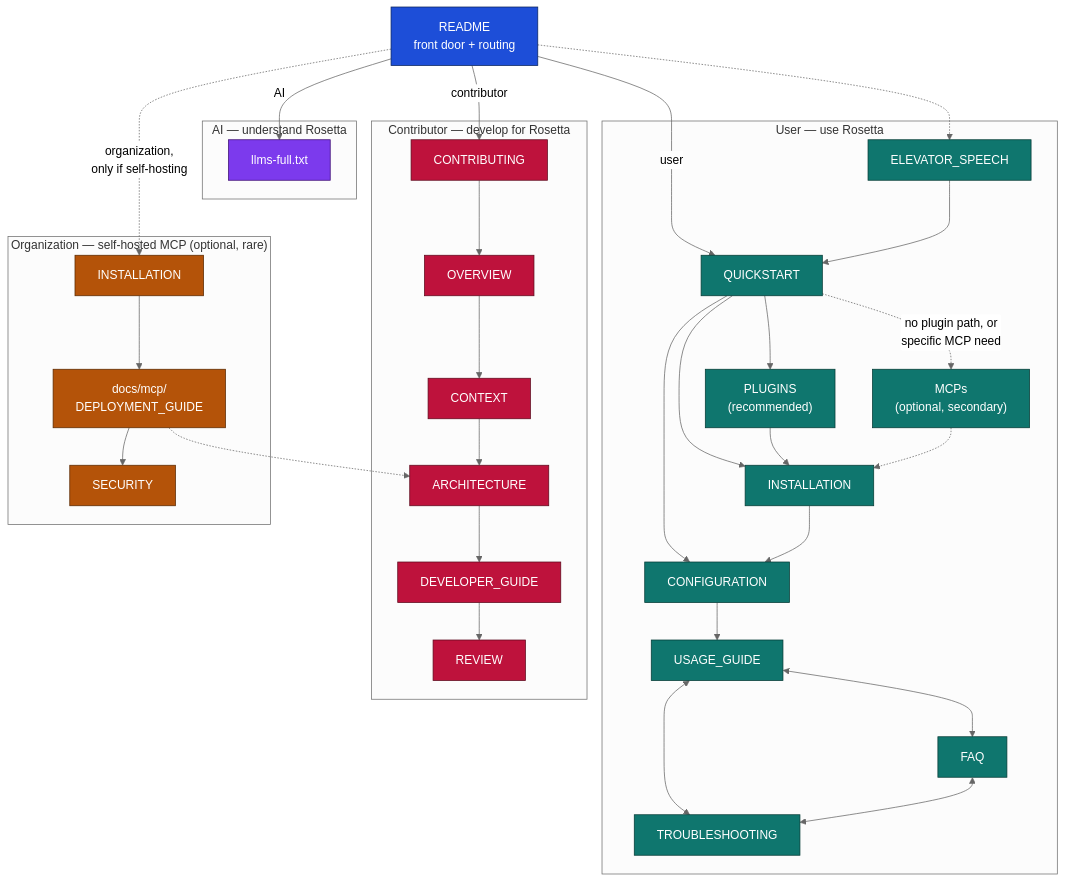
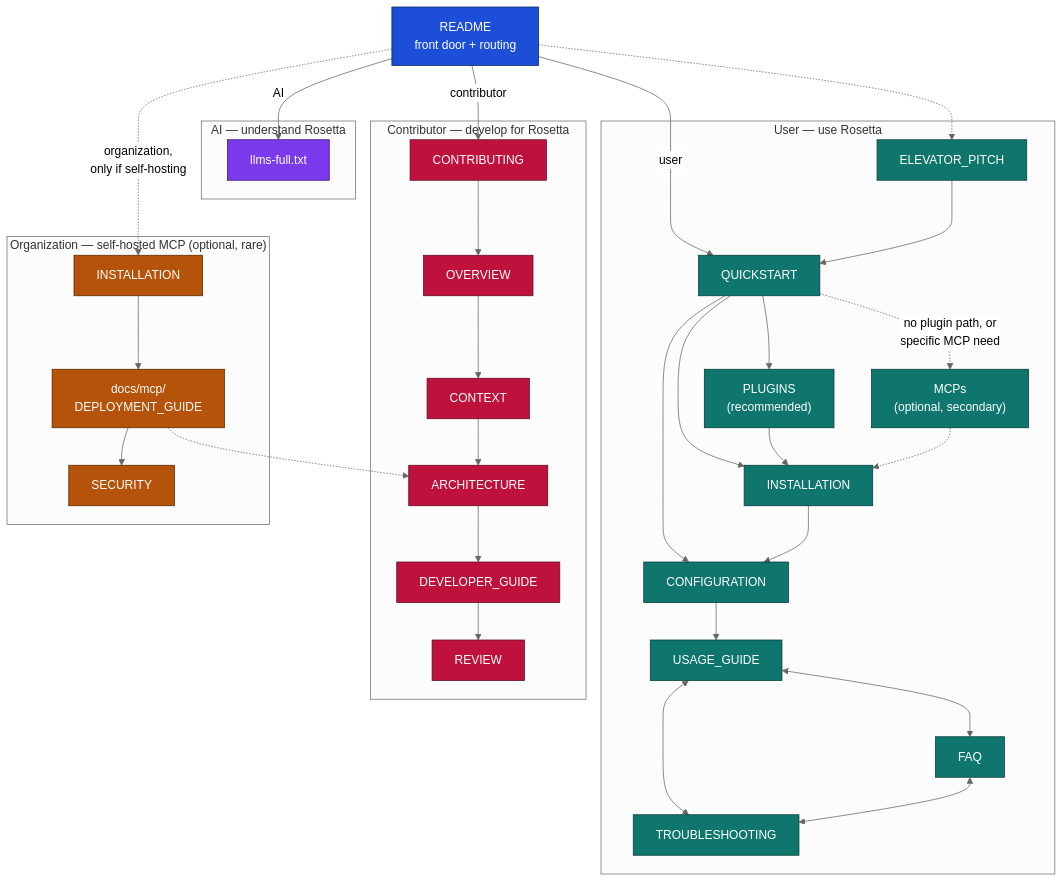
Before and after one commit to atomicdjt/rosetta: the diagram in docs/reviews/DOC-STRUCTURE-PLAN.md, drawn with Mermaid (neutral theme). The commit also changed other lines of this file and 1 other file, not shown here.

````diff
--- a/docs/reviews/DOC-STRUCTURE-PLAN.md
+++ b/docs/reviews/DOC-STRUCTURE-PLAN.md
@@ -262,76 +262,76 @@
 ```mermaid
 flowchart TD
     README["README<br/>front door + routing"]
 
     subgraph USER["User — use Rosetta"]
-        ELEV["ELEVATOR_SPEECH"]
+        ELEV["ELEVATOR_PITCH"]
         QS["QUICKSTART"]
         PLUG["PLUGINS<br/>(recommended)"]
         MCP["MCPs<br/>(optional, secondary)"]
         INST["INSTALLATION"]
         CONF["CONFIGURATION"]
         USAGE["USAGE_GUIDE"]
         FAQ["FAQ"]
         TRBL["TROUBLESHOOTING"]
     end
 
     subgraph AIP["AI — understand Rosetta"]
         LLMS["llms-full.txt"]
     end
 
     subgraph CONTRIB["Contributor — develop for Rosetta"]
         CONT["CONTRIBUTING"]
         OVER["OVERVIEW"]
         CTX["CONTEXT"]
         ARCH["ARCHITECTURE"]
         DEV["DEVELOPER_GUIDE"]
         REV["REVIEW"]
     end
 
     subgraph ORG["Organization — self-hosted MCP (optional, rare)"]
         INSTO["INSTALLATION"]
         DEP["docs/mcp/<br/>DEPLOYMENT_GUIDE"]
         SEC["SECURITY"]
     end
 
     README -->|user| QS
     README -.-> ELEV
     README -->|AI| LLMS
     README -->|contributor| CONT
     README -.->|organization,<br/>only if self-hosting| INSTO
 
     ELEV --> QS
     QS --> PLUG
     QS -.->|no plugin path, or<br/>specific MCP need| MCP
     QS --> INST
     PLUG --> INST
     MCP -.-> INST
     QS --> CONF
     INST --> CONF
     CONF --> USAGE
     USAGE <--> FAQ
     USAGE <--> TRBL
     FAQ <--> TRBL
 
     CONT --> OVER
     OVER --> CTX
     CTX --> ARCH
     ARCH --> DEV
     DEV --> REV
 
     INSTO --> DEP
     DEP --> SEC
     DEP -.-> ARCH
 
     classDef entry fill:#1d4ed8,stroke:#0b245e,color:#ffffff;
     classDef user fill:#0f766e,stroke:#053b36,color:#ffffff;
     classDef ai fill:#7c3aed,stroke:#3b0a73,color:#ffffff;
     classDef contrib fill:#be123c,stroke:#5e0a1d,color:#ffffff;
     classDef org fill:#b45309,stroke:#5a2900,color:#ffffff;
 
     class README entry;
     class ELEV,QS,PLUG,MCP,INST,CONF,USAGE,FAQ,TRBL user;
     class LLMS ai;
     class CONT,OVER,CTX,ARCH,DEV,REV contrib;
     class INSTO,DEP,SEC org;
 ```
````
